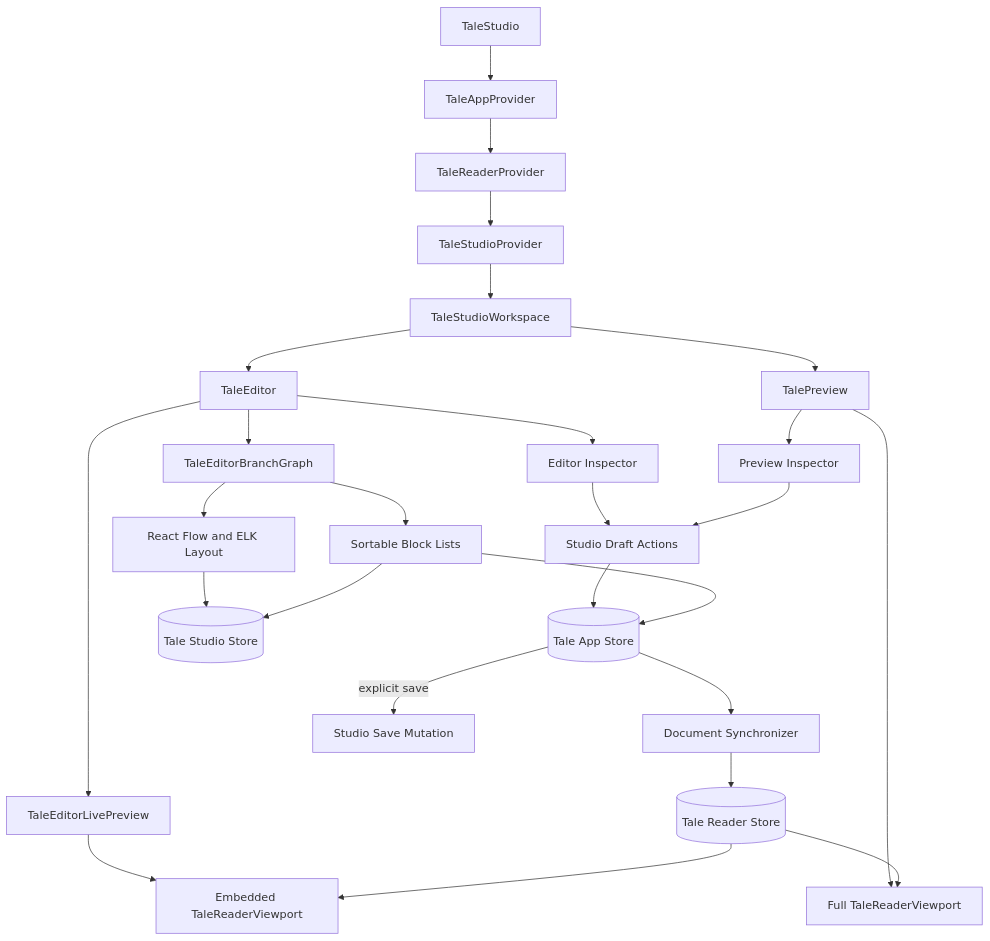
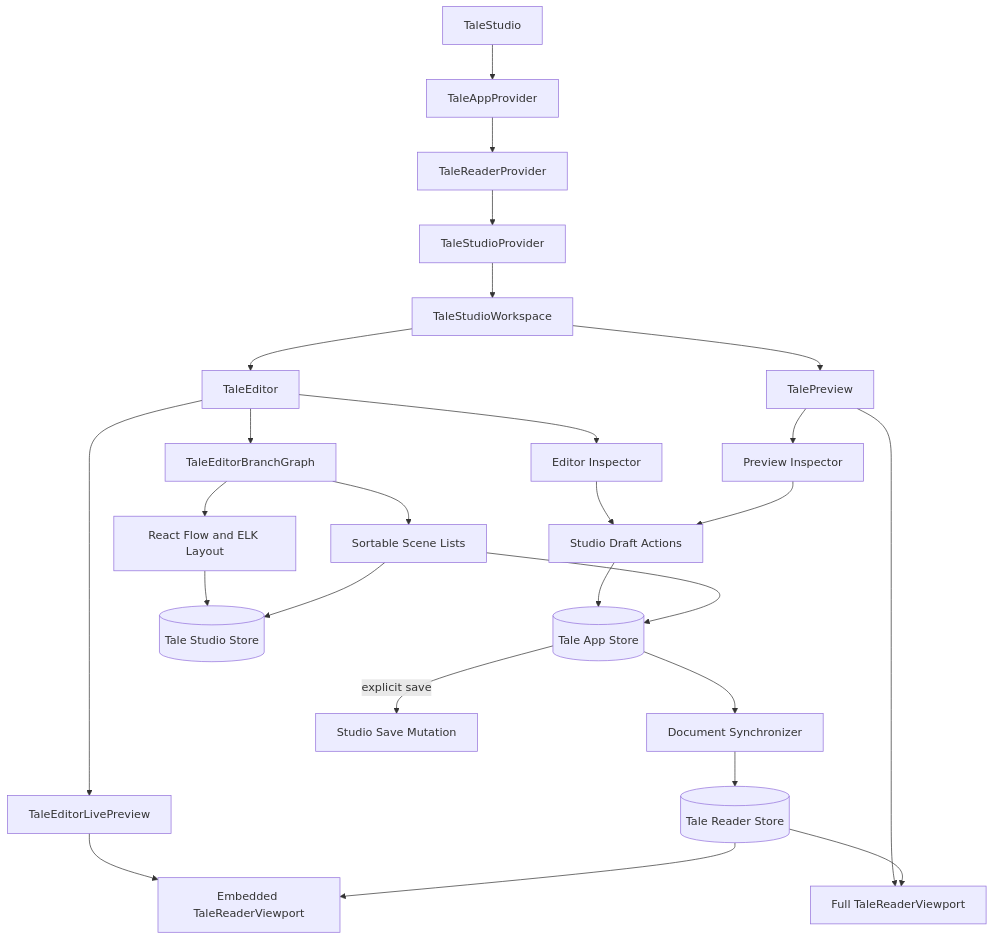
One commit to hexvictor/talescape changed the fifth of 6 diagrams in docs/application-architecture.md. Above: the diagram before and after it, drawn with Mermaid. The commit also changed other lines of this file and 359 other files, not shown here.

````diff
--- a/docs/application-architecture.md
+++ b/docs/application-architecture.md
@@ -171,30 +171,30 @@
 ```mermaid
 flowchart TD
     TaleStudio[TaleStudio] --> AppProvider[TaleAppProvider]
     AppProvider --> ReaderProvider[TaleReaderProvider]
     ReaderProvider --> StudioProvider[TaleStudioProvider]
     StudioProvider --> Workspace[TaleStudioWorkspace]
     Workspace --> Editor[TaleEditor]
     Workspace --> Preview[TalePreview]
 
     Editor --> LivePreview[TaleEditorLivePreview]
     Editor --> Graph[TaleEditorBranchGraph]
     Editor --> EditorInspector[Editor Inspector]
     Preview --> PreviewViewport[Full TaleReaderViewport]
     Preview --> PreviewInspector[Preview Inspector]
     LivePreview --> TaleReaderViewport[Embedded TaleReaderViewport]
-    Graph --> DnD[Sortable Block Lists]
+    Graph --> DnD[Sortable Scene Lists]
     Graph --> Flow[React Flow and ELK Layout]
 
     EditorInspector --> Draft[Studio Draft Actions]
     PreviewInspector --> Draft
     Draft --> DocumentStore[(Tale App Store)]
     DnD --> DocumentStore
     Flow --> StudioStore[(Tale Studio Store)]
     DnD --> StudioStore
     DocumentStore --> Synchronizer[Document Synchronizer]
     Synchronizer --> ReaderStore[(Tale Reader Store)]
     ReaderStore --> TaleReaderViewport
     ReaderStore --> PreviewViewport
     DocumentStore -->|explicit save| Mutation[Studio Save Mutation]
 ```
````
